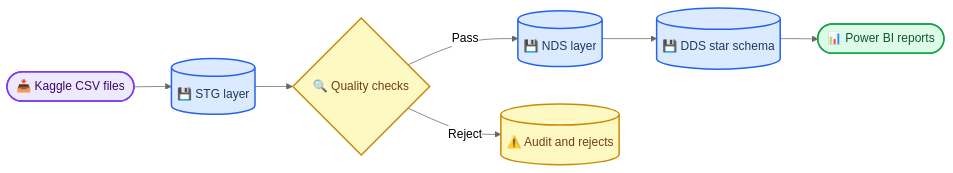
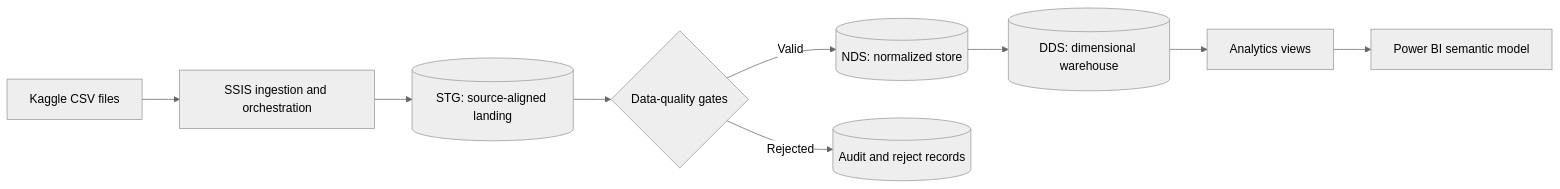
Before and after one commit to TheHien04/Home-Credit: the diagram in README.md, drawn with Mermaid (neutral theme). The commit also changed other lines of this file, not shown here.

````diff
--- a/README.md
+++ b/README.md
@@ -30,22 +22,11 @@
 ```mermaid
 flowchart LR
-    accTitle: Home Credit BI Pipeline
-    accDescr: Home Credit CSV files move through staging, data-quality validation, normalized storage, a dimensional warehouse, and Power BI reporting while failed records are retained in an audit path.
-
-    source(["📥 Kaggle CSV files"]) --> staging[("💾 STG layer")]
-    staging --> quality{"🔍 Quality checks"}
-    quality -->|Pass| nds[("💾 NDS layer")]
-    quality -->|Reject| audit[("⚠️ Audit and rejects")]
-    nds --> dds[("💾 DDS star schema")]
-    dds --> dashboard(["📊 Power BI reports"])
-
-    classDef input fill:#ede9fe,stroke:#7c3aed,stroke-width:2px,color:#3b0764
-    classDef data fill:#dbeafe,stroke:#2563eb,stroke-width:2px,color:#1e3a5f
-    classDef warning fill:#fef9c3,stroke:#ca8a04,stroke-width:2px,color:#713f12
-    classDef output fill:#dcfce7,stroke:#16a34a,stroke-width:2px,color:#14532d
-
-    class source input
-    class staging,nds,dds data
-    class quality,audit warning
-    class dashboard output
+    source["Kaggle CSV files"] --> ssis["SSIS ingestion and orchestration"]
+    ssis --> stg[("STG: source-aligned landing")]
+    stg --> dq{"Data-quality gates"}
+    dq -->|Valid| nds[("NDS: normalized store")]
+    dq -->|Rejected| audit[("Audit and reject records")]
+    nds --> dds[("DDS: dimensional warehouse")]
+    dds --> sqlviews["Analytics views"]
+    sqlviews --> pbi["Power BI semantic model"]
 ```
````
